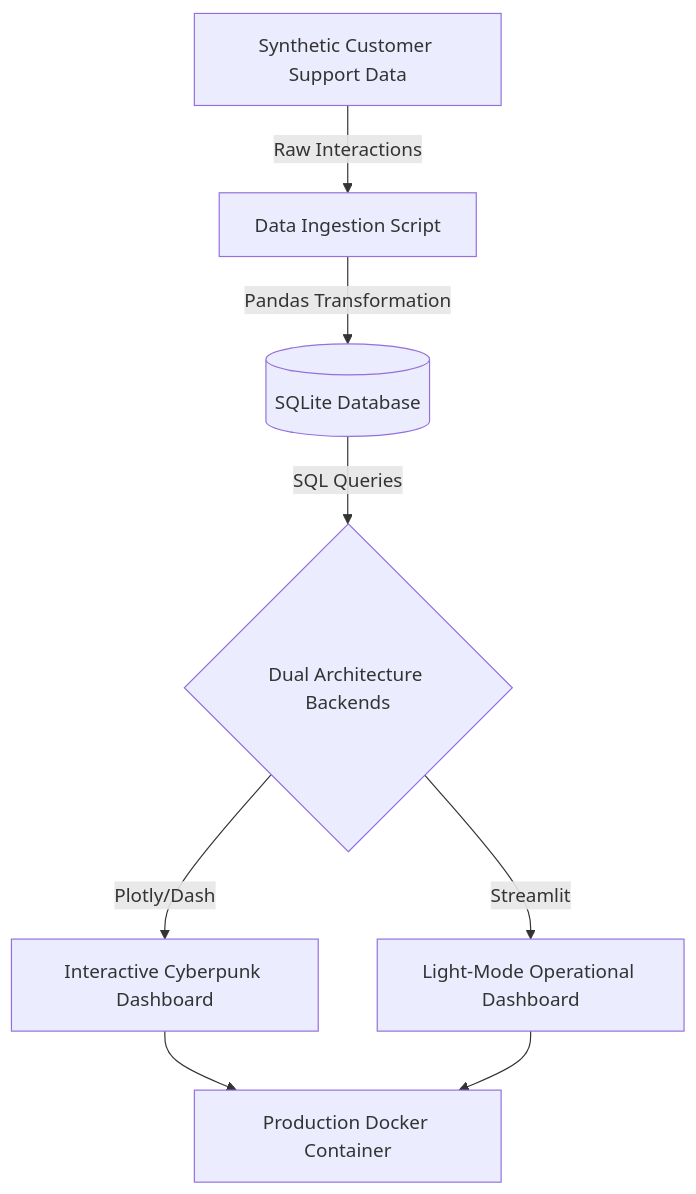
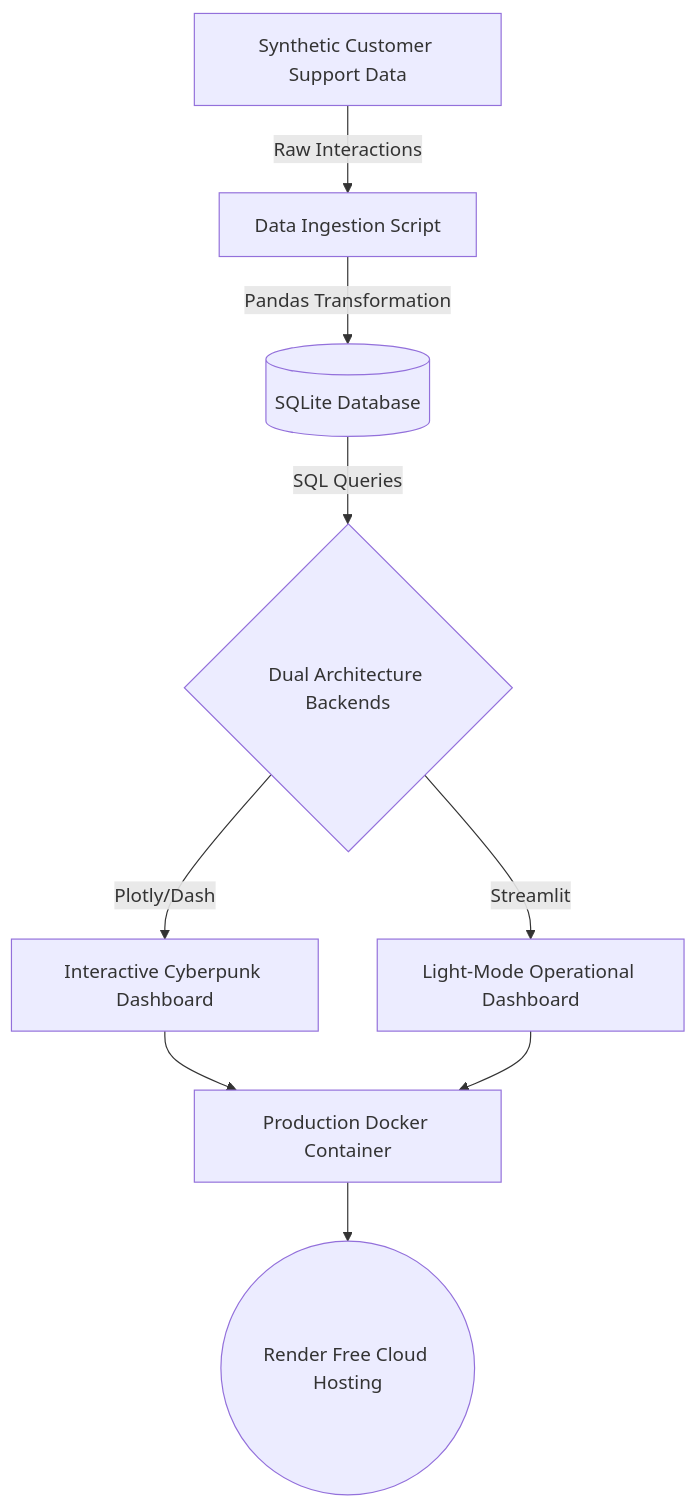
Before and after one commit to KalashDave/Chatbot_KPI_Pipeline: the diagram in README.md, drawn with Mermaid. The commit also changed other lines of this file, not shown here.

Commit message:
Add Render cloud hosting instructions and sleep warning

````diff
--- a/README.md
+++ b/README.md
@@ -21,12 +21,13 @@
 ```mermaid
 graph TD
     A[Synthetic Customer Support Data] -->|Raw Interactions| B[Data Ingestion Script]
     B -->|Pandas Transformation| C[(SQLite Database)]
     C -->|SQL Queries| D{Dual Architecture Backends}
     
     D -->|Plotly/Dash| E[Interactive Cyberpunk Dashboard]
     D -->|Streamlit| F[Light-Mode Operational Dashboard]
     
     E --> G[Production Docker Container]
     F --> G
+    G --> H((Render Free Cloud Hosting))
 ```
````
